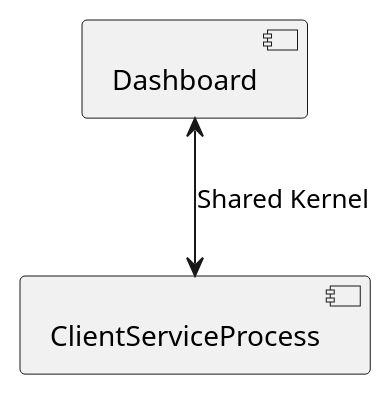
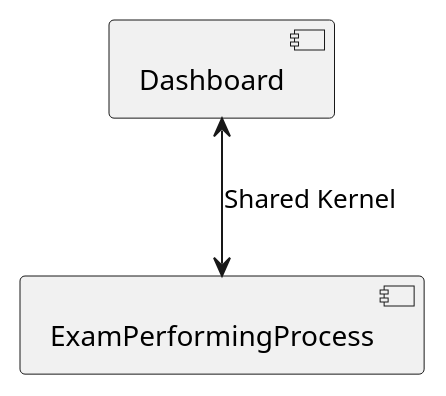
The diagram in ClinicalLab/src-gen/context_ContextMap.puml (Kal-0/RV_software), drawn with PlantUML before and after one commit. The commit also changed 11 other files, not shown here.

```diff
--- a/ClinicalLab/src-gen/context_ContextMap.puml
+++ b/ClinicalLab/src-gen/context_ContextMap.puml
@@ -1,12 +1,12 @@
 @startuml
 
 skinparam componentStyle uml2
 
-component [ClientServiceProcess]
+component [ExamPerformingProcess]
 component [Dashboard]
 
-[Dashboard]<-->[ClientServiceProcess] : Shared Kernel
+[Dashboard]<-->[ExamPerformingProcess] : Shared Kernel
 
 
 
 @enduml
```
